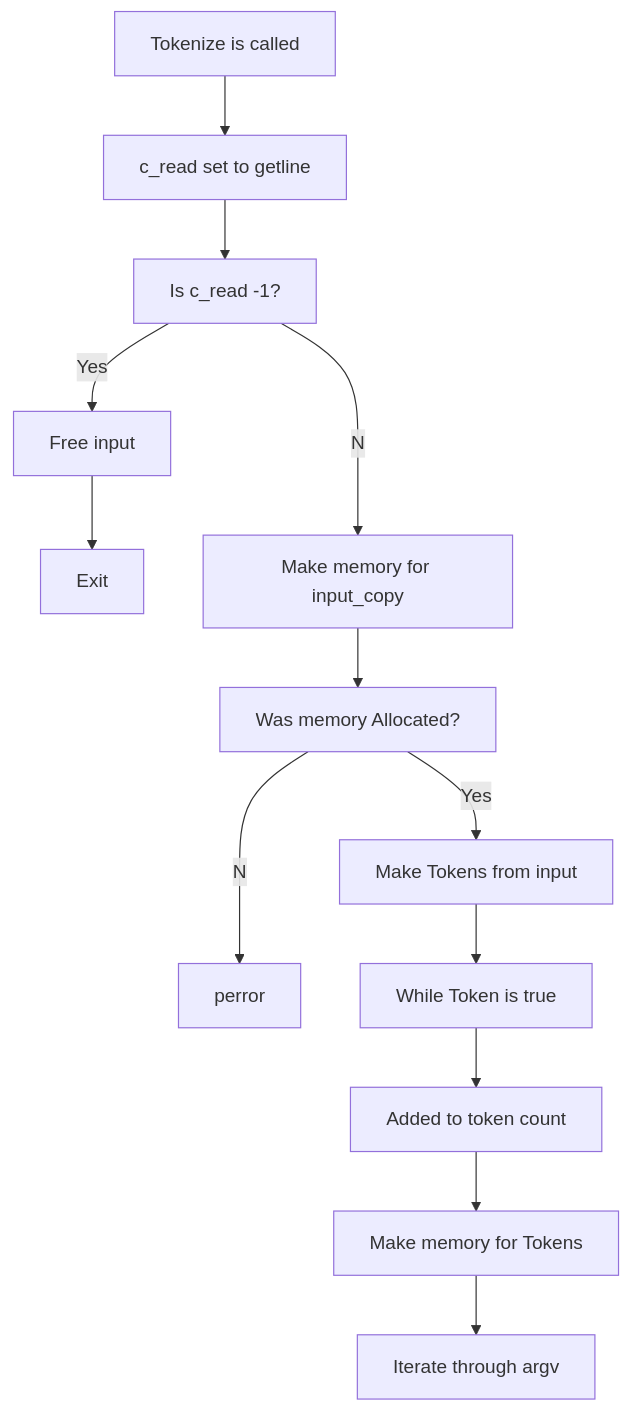
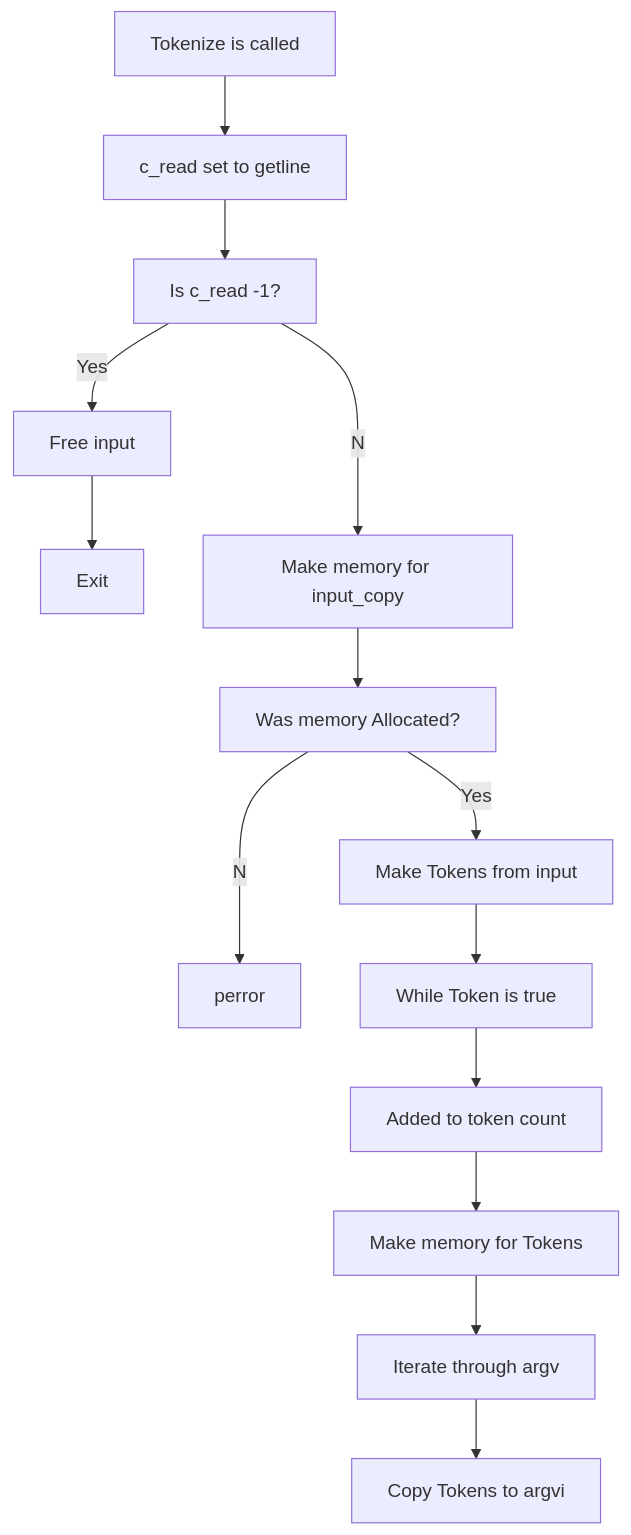
Before and after one commit to LeeWest89/MySuperRepo: the diagram in README.md, drawn with Mermaid.

````diff
--- a/README.md
+++ b/README.md
@@ -3,15 +3,16 @@
 ```mermaid
 flowchart TB;
   A[Tokenize is called]-->B[c_read set to getline];
   B-->C[Is c_read -1?];
   C--Yes-->D[Free input];
   D-->E[Exit];
   C--No-->F[Make memory for input_copy];
   F-->G[Was memory Allocated?];
   G--No-->H[perror];
   G--Yes-->I[Make Tokens from input];
   I-->J[While Token is true];
   J-->K[Added to token count];
   K-->L[Make memory for Tokens];
   L-->M[Iterate through argv];
+  M-->N[Copy Tokens to argvi];
 ```
````
